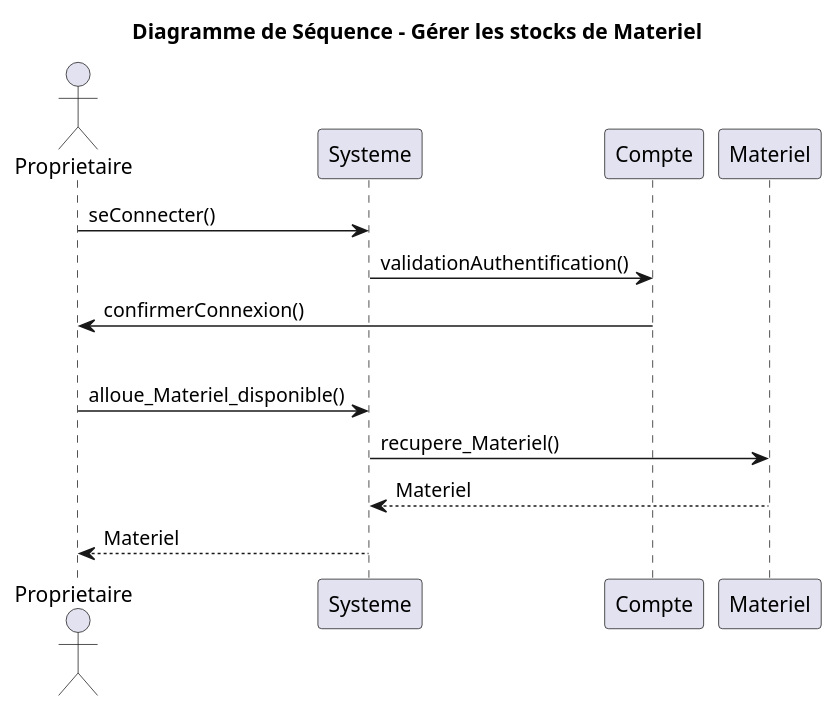
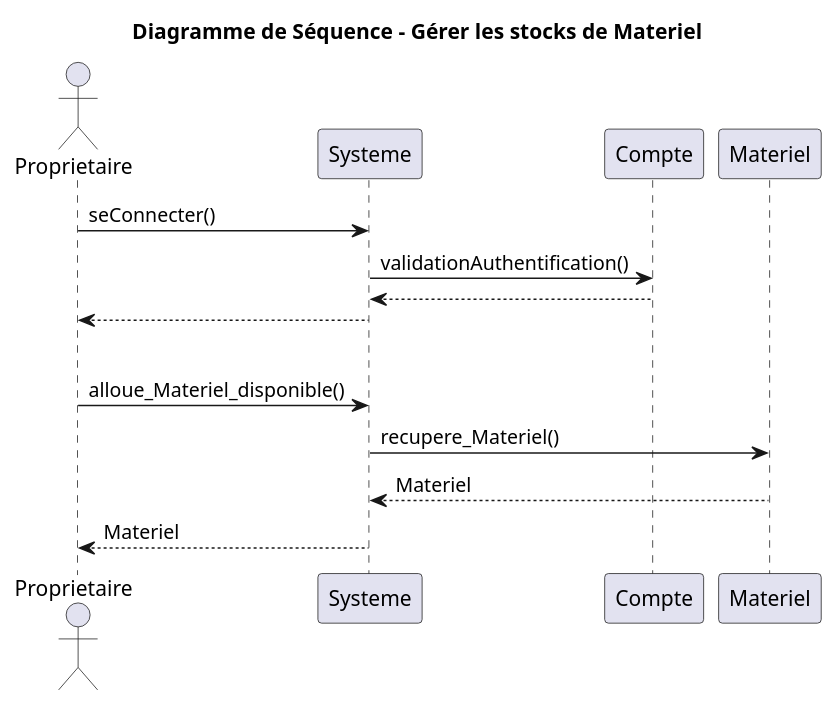
The diagram in UML/Diagramme_sequence_gerer_stock_materiel.puml (Egario54/ProjetClubNautique), drawn with PlantUML before and after one commit. The commit also changed 15 other files, not shown here.

Commit message:
amélioration du diagramme de use case

```diff
--- a/UML/Diagramme_sequence_gerer_stock_materiel.puml
+++ b/UML/Diagramme_sequence_gerer_stock_materiel.puml
@@ -1,26 +1,27 @@
 @startuml
 title Diagramme de Séquence - Gérer les stocks de Materiel
 actor Proprietaire
 participant Systeme
 participant Compte
 participant Materiel
 
 'Connexion à un compte'
 Proprietaire -> Systeme: seConnecter()
 Systeme -> Compte: validationAuthentification()
-Compte -> Proprietaire: confirmerConnexion()
+return
+Systeme --> Proprietaire
 
 
 
 'Séparation'
 |||
 
 
 'Propriétaire Alloue du Materiel disponible'
 Proprietaire -> Systeme: alloue_Materiel_disponible()
 Systeme -> Materiel: recupere_Materiel()
 Materiel --> Systeme: Materiel
 Systeme --> Proprietaire: Materiel
 
 
 @enduml
```
